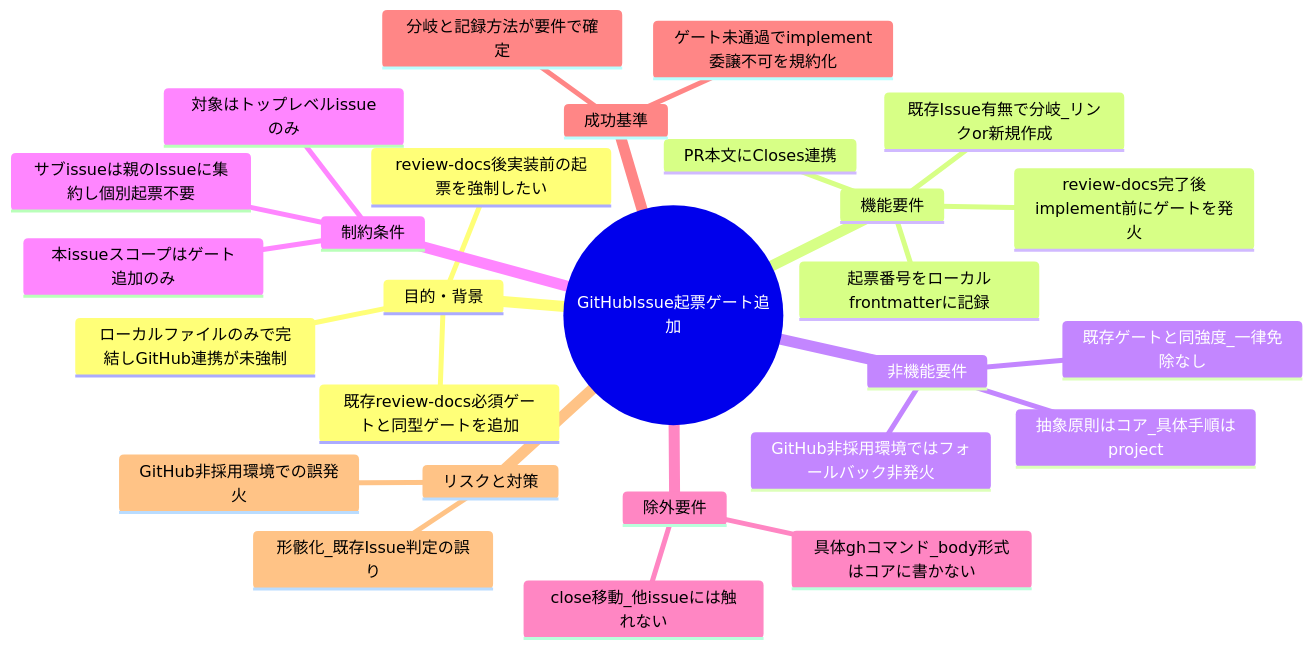
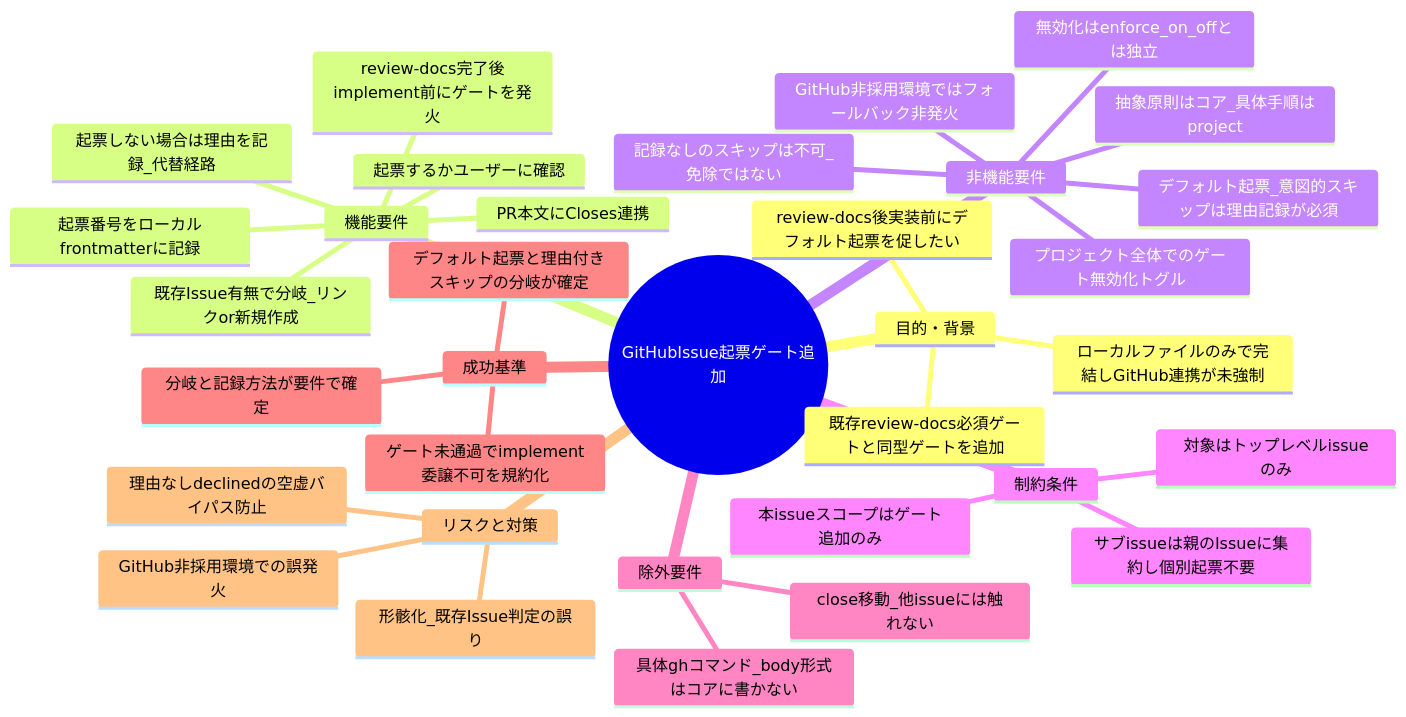
Before and after one commit to techbeansjp-free/AGENTS.md: the first of 2 diagrams in docs/maintainer/workflow/20260712_175901_GitHubIssue起票ゲート追加/00_要求定義.md, drawn with Mermaid. The commit also changed other lines of this file and 11 other files, not shown here.

````diff
--- a/docs/maintainer/workflow/20260712_175901_GitHubIssue起票ゲート追加/00_要求定義.md
+++ b/docs/maintainer/workflow/20260712_175901_GitHubIssue起票ゲート追加/00_要求定義.md
@@ -29,30 +30,37 @@
 ```mermaid
 mindmap
   root((GitHubIssue起票ゲート追加))
     目的・背景
       ローカルファイルのみで完結しGitHub連携が未強制
-      review-docs後実装前の起票を強制したい
+      review-docs後実装前にデフォルト起票を促したい
       既存review-docs必須ゲートと同型ゲートを追加
     機能要件
       review-docs完了後implement前にゲートを発火
+      起票するかユーザーに確認
       既存Issue有無で分岐_リンクor新規作成
       起票番号をローカルfrontmatterに記録
+      起票しない場合は理由を記録_代替経路
       PR本文にCloses連携
     非機能要件
-      既存ゲートと同強度_一律免除なし
+      デフォルト起票_意図的スキップは理由記録が必須
+      記録なしのスキップは不可_免除ではない
       GitHub非採用環境ではフォールバック非発火
+      プロジェクト全体でのゲート無効化トグル
+      無効化はenforce_on_offとは独立
       抽象原則はコア_具体手順はproject
     制約条件
       対象はトップレベルissueのみ
       サブissueは親のIssueに集約し個別起票不要
       本issueスコープはゲート追加のみ
     除外要件
       具体ghコマンド_body形式はコアに書かない
       close移動_他issueには触れない
     成功基準
       ゲート未通過でimplement委譲不可を規約化
+      デフォルト起票と理由付きスキップの分岐が確定
       分岐と記録方法が要件で確定
     リスクと対策
       形骸化_既存Issue判定の誤り
+      理由なしdeclinedの空虚バイパス防止
       GitHub非採用環境での誤発火
 ```
````
